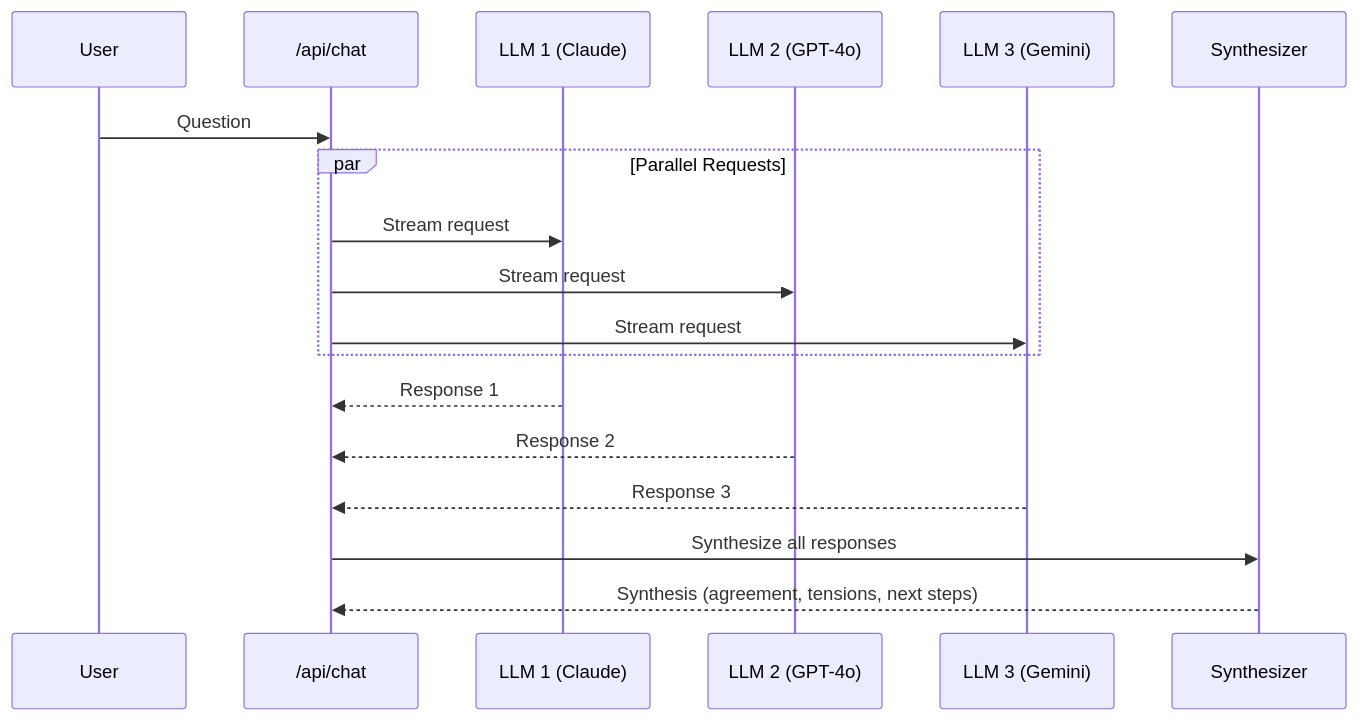
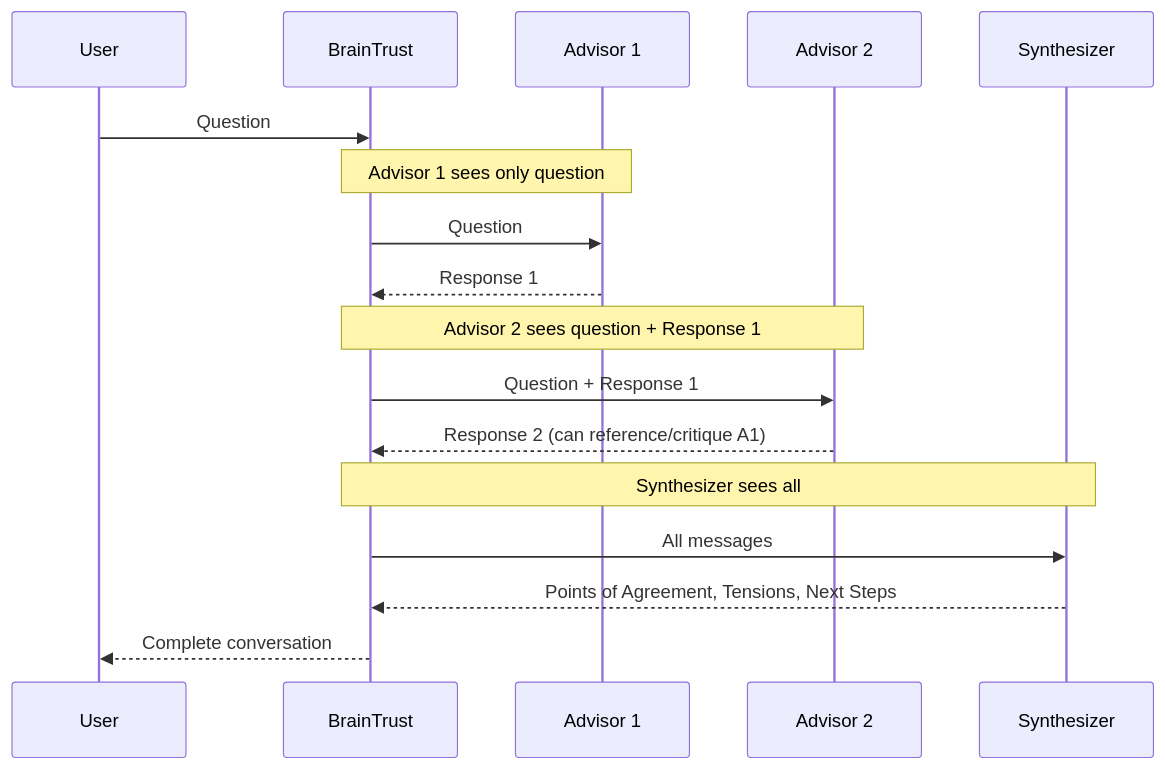
One commit to danlourenco/ai-council changed the fourth of 5 diagrams in docs/chat-system.md. Above: the diagram before and after it, drawn with Mermaid. The commit also changed other lines of this file and 41 other files, not shown here.

First line of the commit message:
feat: implement Brain Trust multi-advisor orchestration

````diff
--- a/docs/chat-system.md
+++ b/docs/chat-system.md
@@ -106,24 +106,24 @@
 ```mermaid
 sequenceDiagram
     participant U as User
-    participant A as /api/chat
-    participant L1 as LLM 1 (Claude)
-    participant L2 as LLM 2 (GPT-4o)
-    participant L3 as LLM 3 (Gemini)
+    participant BT as BrainTrust
+    participant A1 as Advisor 1
+    participant A2 as Advisor 2
     participant S as Synthesizer
 
-    U->>A: Question
+    U->>BT: Question
 
-    par Parallel Requests
-        A->>L1: Stream request
-        A->>L2: Stream request
-        A->>L3: Stream request
-    end
+    Note over BT,A1: Advisor 1 sees only question
+    BT->>A1: Question
+    A1-->>BT: Response 1
 
-    L1-->>A: Response 1
-    L2-->>A: Response 2
-    L3-->>A: Response 3
+    Note over BT,A2: Advisor 2 sees question + Response 1
+    BT->>A2: Question + Response 1
+    A2-->>BT: Response 2 (can reference/critique A1)
 
-    A->>S: Synthesize all responses
-    S-->>A: Synthesis (agreement, tensions, next steps)
+    Note over BT,S: Synthesizer sees all
+    BT->>S: All messages
+    S-->>BT: Points of Agreement, Tensions, Next Steps
+
+    BT-->>U: Complete conversation
 ```
````
